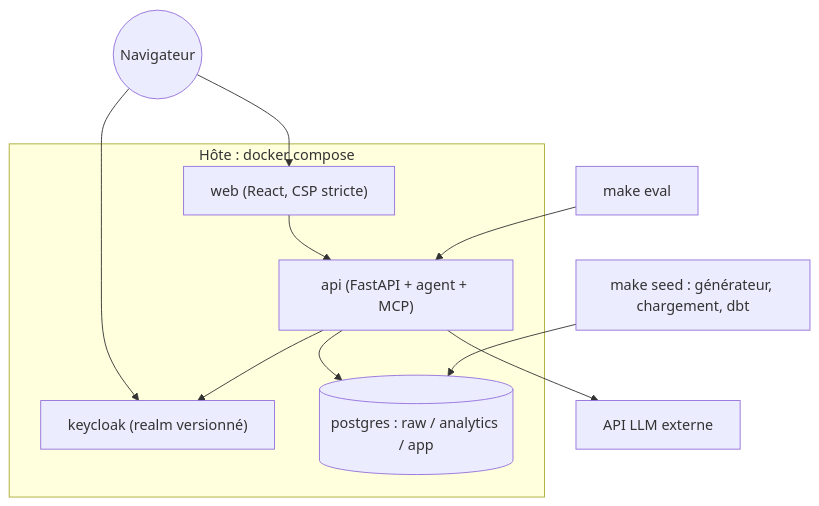
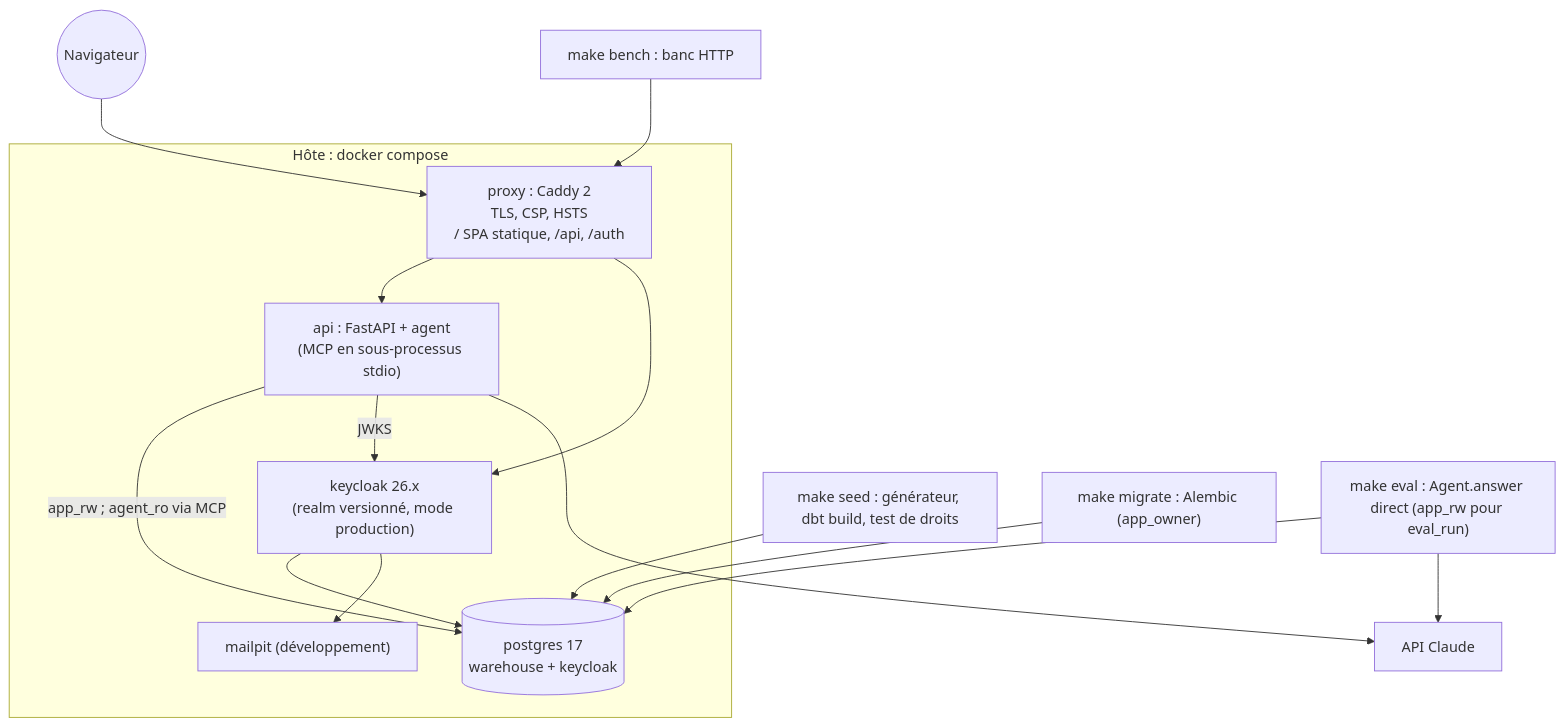
Diagram 13 of 13 in docs/DIAGRAMS.md (justefrank/decision-agent-IA), drawn with Mermaid before and after one commit. The commit also changed other lines of this file and 47 other files, not shown here.

First line of the commit message:
docs: passage en v5 (MVP, query_metric, citation par référence, évaluation sur le test seul, intégration Claude) et diagrammes re-rendus

````diff
--- a/docs/DIAGRAMS.md
+++ b/docs/DIAGRAMS.md
@@ -355,17 +480,23 @@
 ```mermaid
 flowchart TB
+  user(("Navigateur")) --> proxy
   subgraph H["Hôte : docker compose"]
-    web["web (React, CSP stricte)"]
-    api["api (FastAPI + agent + MCP)"]
-    kc["keycloak (realm versionné)"]
-    pg[("postgres : raw / analytics / app")]
+    proxy["proxy : Caddy 2<br/>TLS, CSP, HSTS<br/>/ SPA statique, /api, /auth"]
+    api["api : FastAPI + agent<br/>(MCP en sous-processus stdio)"]
+    kc["keycloak 26.x<br/>(realm versionné, mode production)"]
+    pg[("postgres 17<br/>warehouse + keycloak")]
+    mail["mailpit (développement)"]
   end
-  user(("Navigateur")) --> web
-  user --> kc
-  web --> api
-  api --> kc
-  api --> pg
-  api --> llm["API LLM externe"]
-  seed["make seed : générateur, chargement, dbt"] --> pg
-  ev["make eval"] --> api
+  proxy --> api
+  proxy --> kc
+  api -- "app_rw ; agent_ro via MCP" --> pg
+  api -- JWKS --> kc
+  kc --> pg
+  kc --> mail
+  api --> llm["API Claude"]
+  seed["make seed : générateur, dbt build, test de droits"] --> pg
+  mig["make migrate : Alembic (app_owner)"] --> pg
+  ev["make eval : Agent.answer direct (app_rw pour eval_run)"] --> pg
+  ev --> llm
+  bench["make bench : banc HTTP"] --> proxy
 ```
````
